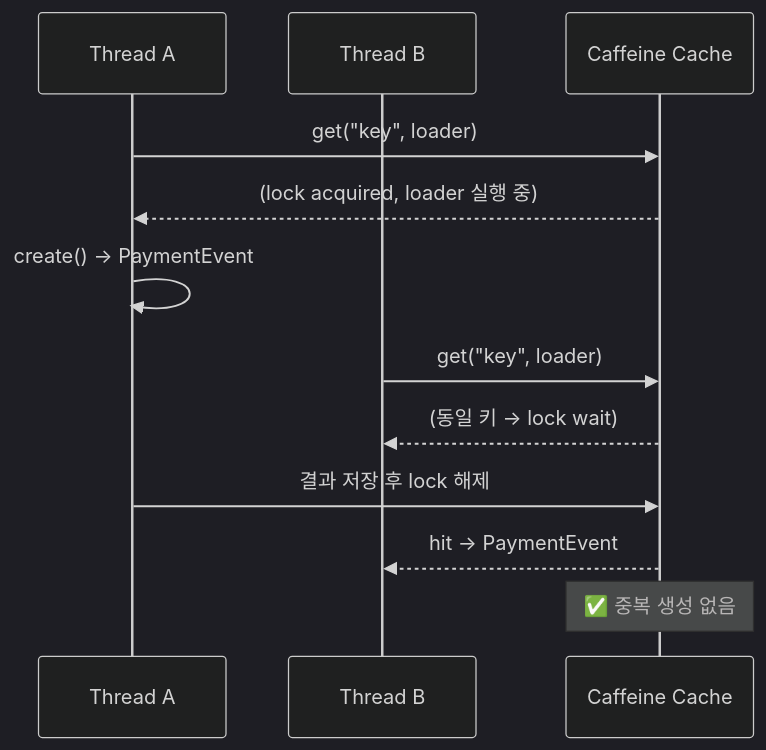
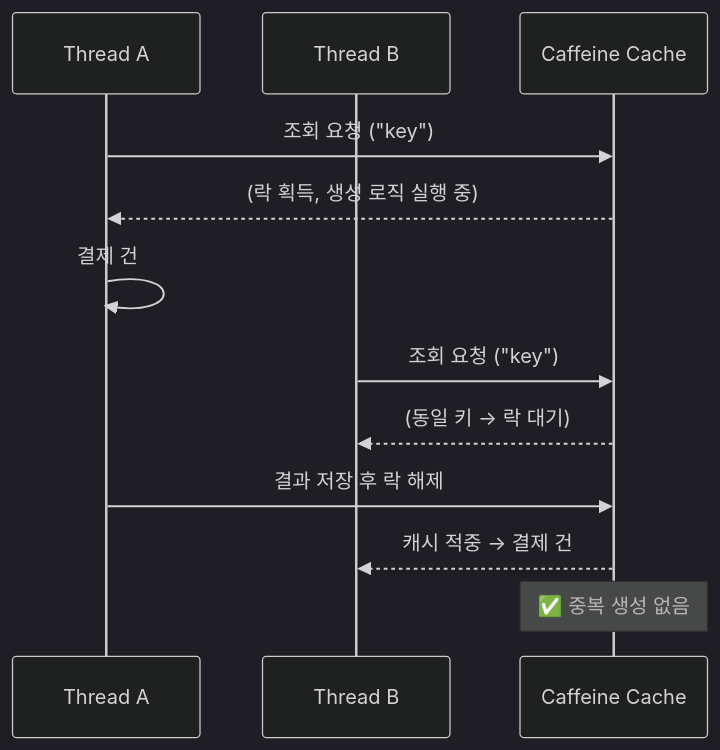
The third of 5 diagrams in README.md (hyoguoo/payment-platform), drawn with Mermaid (dark theme) before and after one commit. The commit also changed other lines of this file, not shown here.

First line of the commit message:
docs: README 다이어그램·본문 용어를 도메인 친화적으로 변경

````diff
--- a/README.md
+++ b/README.md
@@ -138,14 +138,14 @@
 ```mermaid
 sequenceDiagram
     participant A as Thread A
     participant B as Thread B
     participant Cache as Caffeine Cache
-    A ->> Cache: get("key", loader)
-    Cache -->> A: (lock acquired, loader 실행 중)
-    A ->> A: create() → PaymentEvent#1
-    B ->> Cache: get("key", loader)
-    Cache -->> B: (동일 키 → lock wait)
-    A ->> Cache: 결과 저장 후 lock 해제
-    Cache -->> B: hit → PaymentEvent#1 반환 (loader 미실행)
+    A ->> Cache: 조회 요청 ("key")
+    Cache -->> A: (락 획득, 생성 로직 실행 중)
+    A ->> A: 결제 건#1 생성
+    B ->> Cache: 조회 요청 ("key")
+    Cache -->> B: (동일 키 → 락 대기)
+    A ->> Cache: 결과 저장 후 락 해제
+    Cache -->> B: 캐시 적중 → 결제 건#1 반환 (생성 로직 미실행)
     Note over Cache: ✅ 중복 생성 없음
 ```
````
